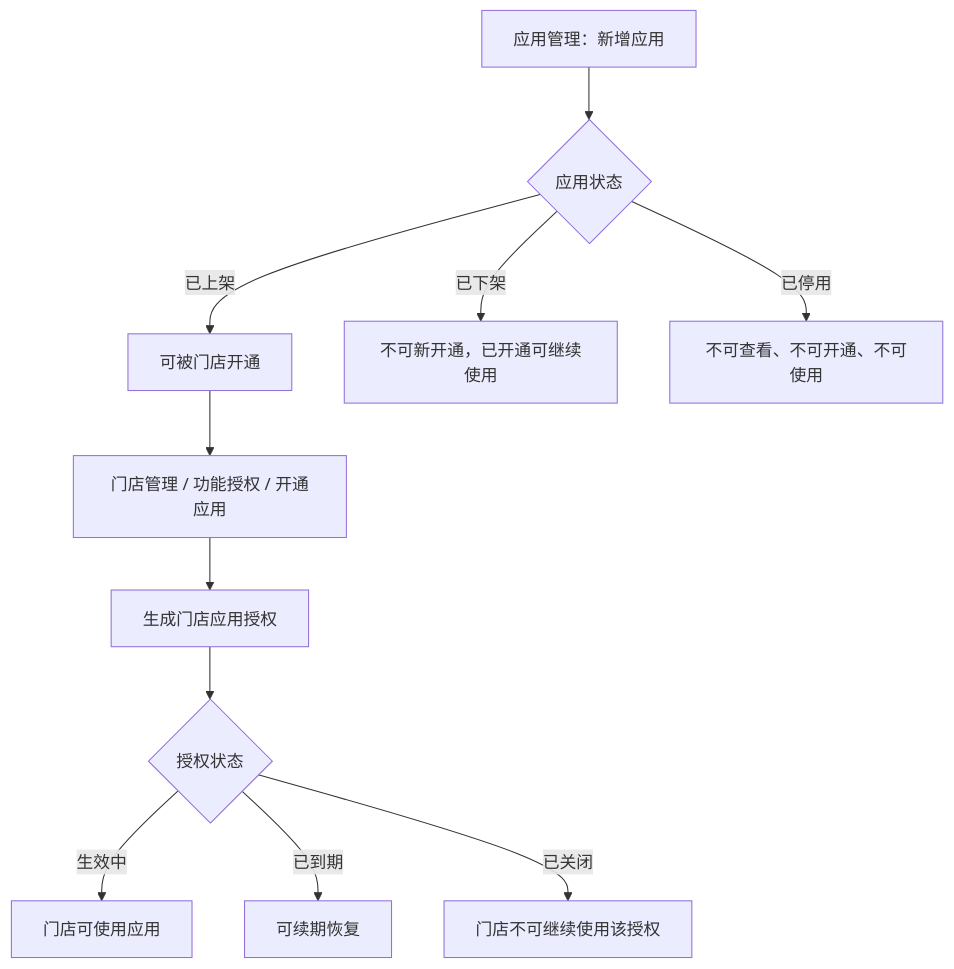
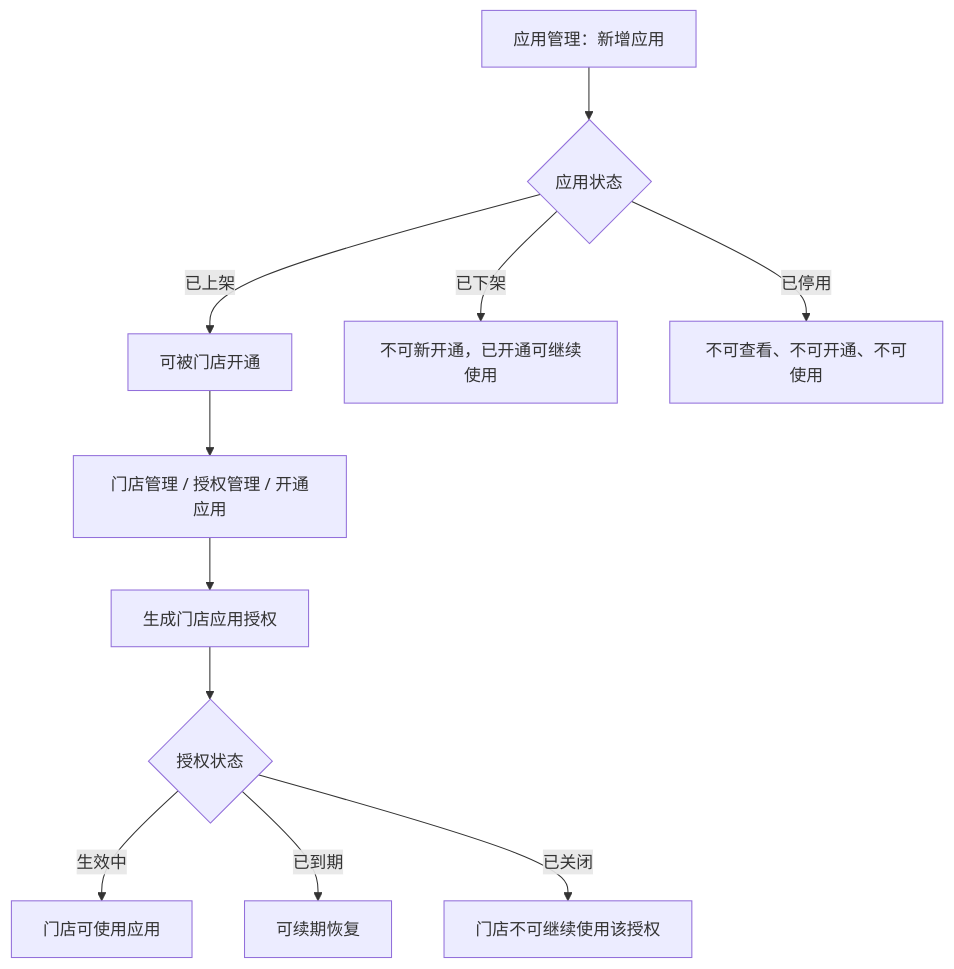
The third of 10 diagrams in Documents/SaaS后台管理系统PRD.md (SuperGoodWater/piaowuSystem), drawn with Mermaid before and after one commit. The commit also changed other lines of this file and 19 other files, not shown here.

````diff
--- a/Documents/SaaS后台管理系统PRD.md
+++ b/Documents/SaaS后台管理系统PRD.md
@@ -250,13 +258,13 @@
 ```mermaid
 flowchart TD
   A["应用管理：新增应用"] --> B{"应用状态"}
   B -->|已上架| C["可被门店开通"]
   B -->|已下架| D["不可新开通，已开通可继续使用"]
   B -->|已停用| E["不可查看、不可开通、不可使用"]
-  C --> F["门店管理 / 功能授权 / 开通应用"]
+  C --> F["门店管理 / 授权管理 / 开通应用"]
   F --> G["生成门店应用授权"]
   G --> H{"授权状态"}
   H -->|生效中| I["门店可使用应用"]
   H -->|已到期| J["可续期恢复"]
   H -->|已关闭| K["门店不可继续使用该授权"]
 ```
````
